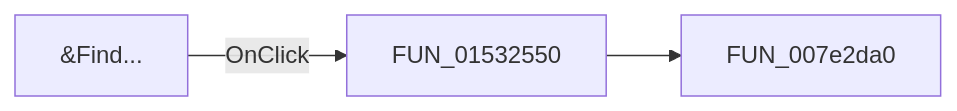
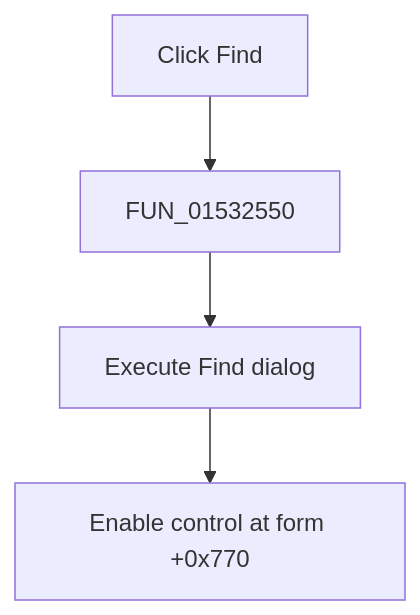
Before and after one commit to MovGP0/TIARA: the diagram in docs/ui-controls/netlisteditor/mifind-94c8472839.md, drawn with Mermaid. The commit also changed other lines of this file and 1062 other files, not shown here.

````diff
--- a/docs/ui-controls/netlisteditor/mifind-94c8472839.md
+++ b/docs/ui-controls/netlisteditor/mifind-94c8472839.md
@@ -27,5 +29,6 @@
 ```mermaid
-flowchart LR
-    control["&Find..."] -->|OnClick| handler["FUN_01532550"]
-    handler --> call1["FUN_007e2da0"]
+flowchart TD
+    control["Click Find"] --> handler["FUN_01532550"]
+    handler --> dialog["Execute Find dialog"]
+    dialog --> enable["Enable control at form +0x770"]
 ```
````
